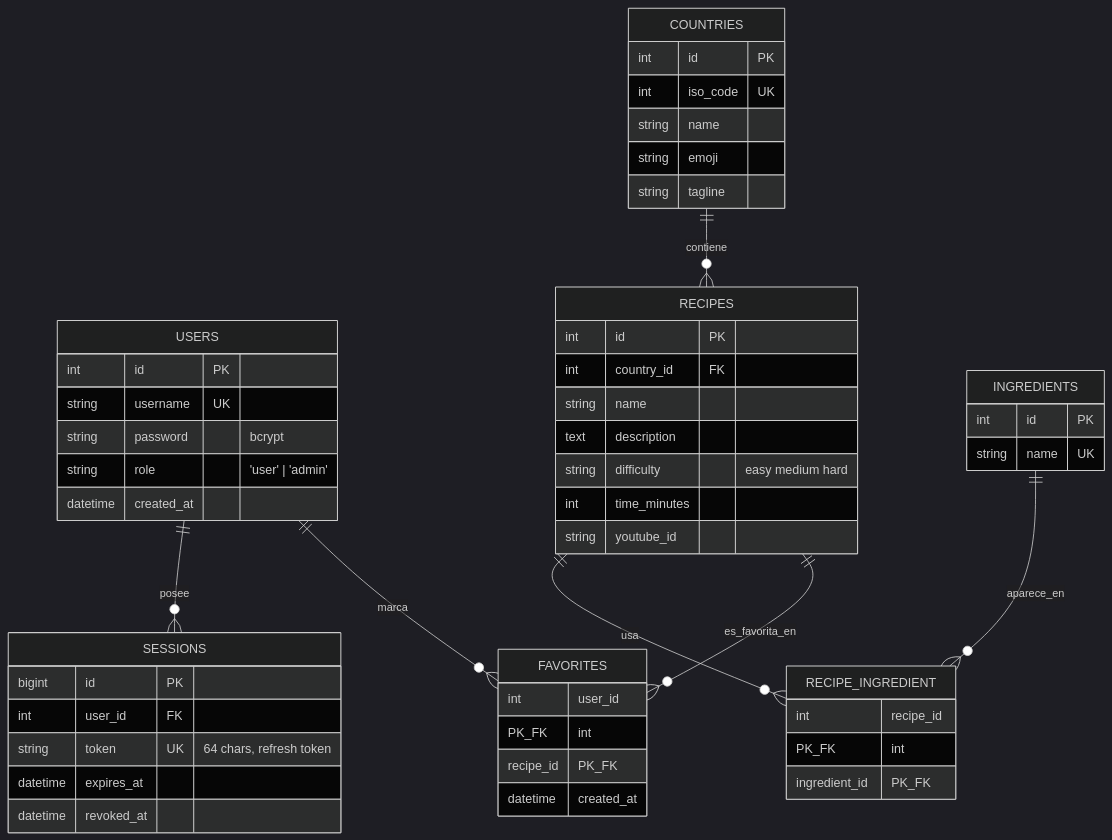
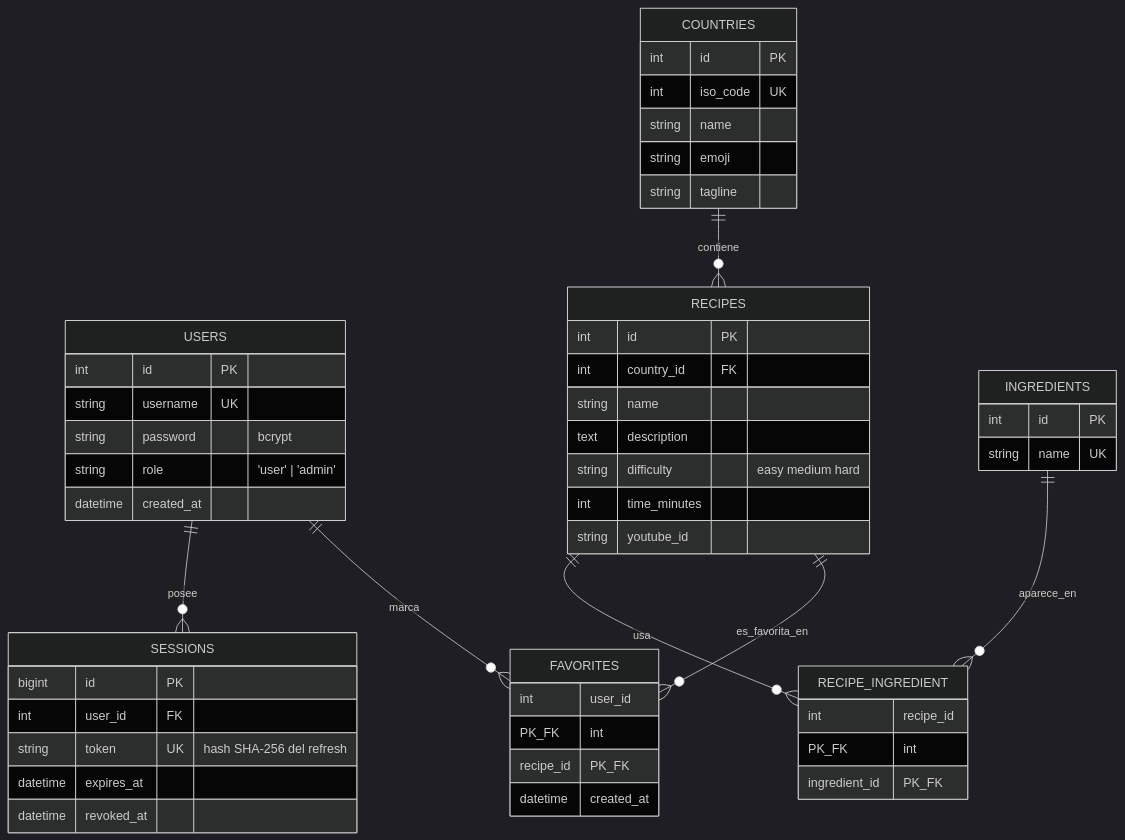
The second of 3 diagrams in documentacion-tecnica-sabores-latinoamerica.md (bluesans/sabores-latinoamerica), drawn with Mermaid (dark theme) before and after one commit. The commit also changed other lines of this file and 1 other file, not shown here.

Commit message:
docs: reworked authentication flow documentation

````diff
--- a/documentacion-tecnica-sabores-latinoamerica.md
+++ b/documentacion-tecnica-sabores-latinoamerica.md
@@ -141,53 +141,53 @@
 ```mermaid
 erDiagram
     USERS ||--o{ SESSIONS : posee
     USERS ||--o{ FAVORITES : marca
     COUNTRIES ||--o{ RECIPES : contiene
     RECIPES ||--o{ RECIPE_INGREDIENT : usa
     INGREDIENTS ||--o{ RECIPE_INGREDIENT : aparece_en
     RECIPES ||--o{ FAVORITES : es_favorita_en
 
     USERS {
         int id PK
         string username UK
         string password "bcrypt"
         string role "'user' | 'admin'"
         datetime created_at
     }
     SESSIONS {
         bigint id PK
         int user_id FK
-        string token UK "64 chars, refresh token"
+        string token UK "hash SHA-256 del refresh"
         datetime expires_at
         datetime revoked_at
     }
     COUNTRIES {
         int id PK
         int iso_code UK
         string name
         string emoji
         string tagline
     }
     RECIPES {
         int id PK
         int country_id FK
         string name
         text description
         string difficulty "easy medium hard"
         int time_minutes
         string youtube_id
     }
     INGREDIENTS {
         int id PK
         string name UK
     }
     RECIPE_INGREDIENT {
         int recipe_id PK_FK
         int ingredient_id PK_FK
     }
     FAVORITES {
         int user_id PK_FK
         int recipe_id PK_FK
         datetime created_at
     }
 ```
````
